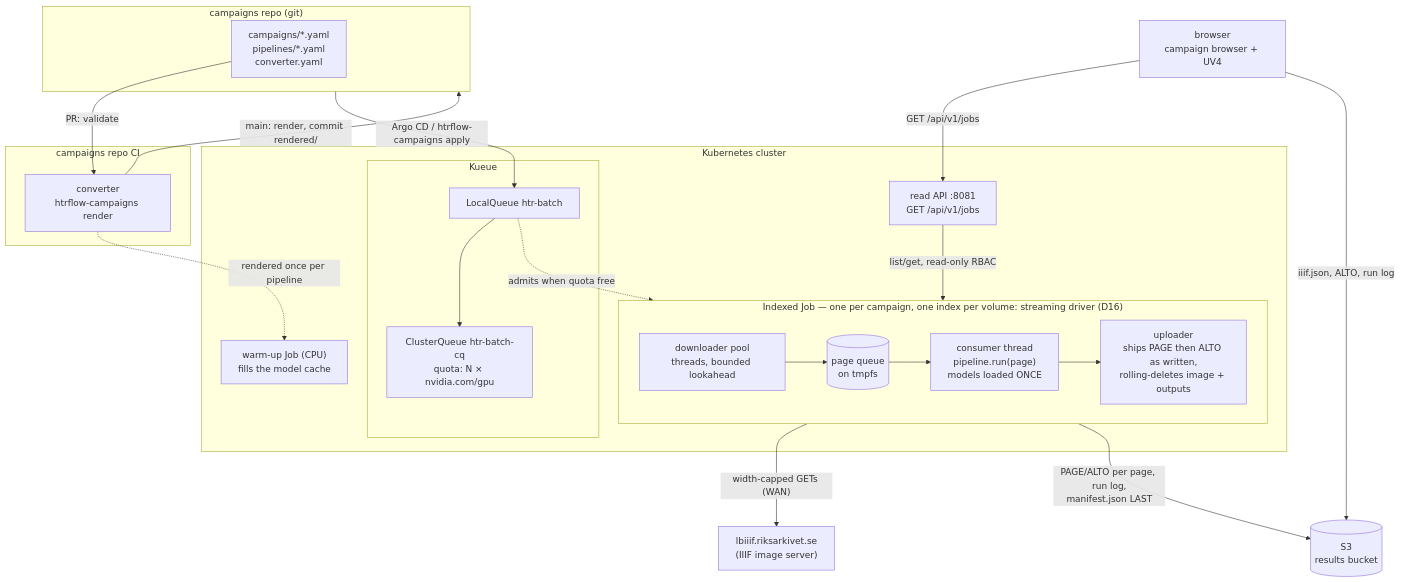
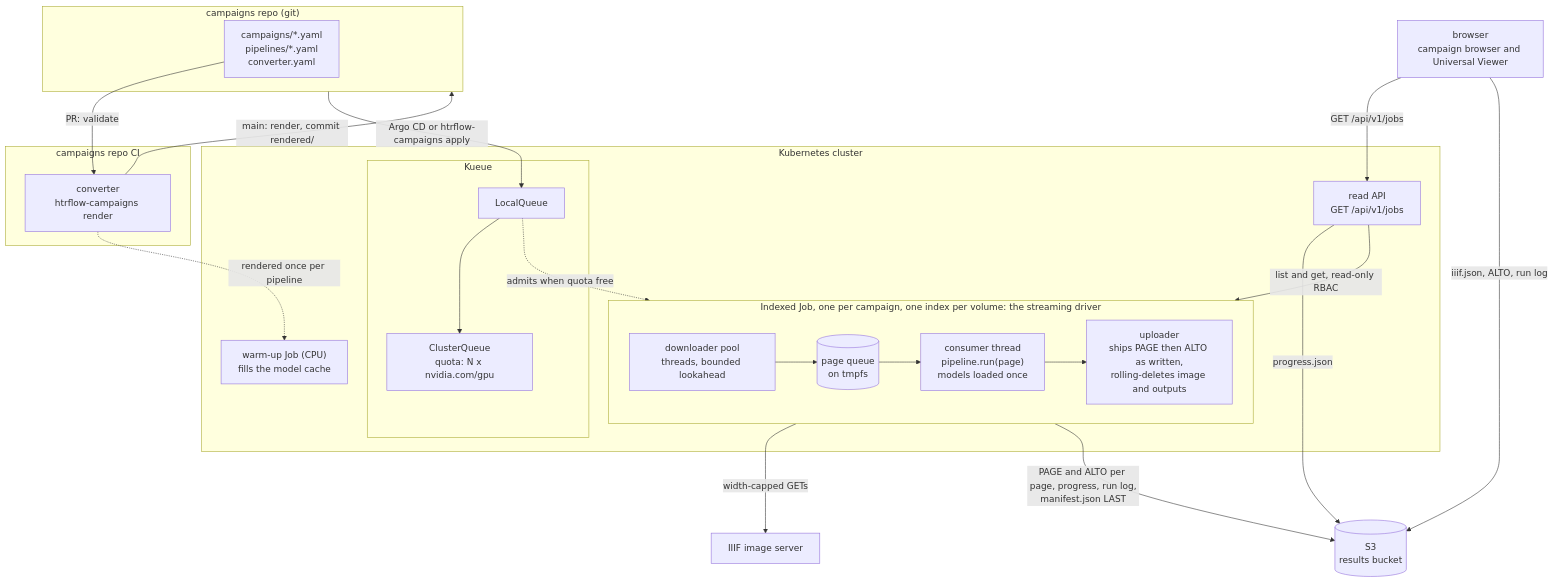
One commit to AI-Riksarkivet/htrflow-batch changed the first of 2 diagrams in docs/how-it-works/architecture.md. Above: the diagram before and after it, drawn with Mermaid. The commit also changed other lines of this file, not shown here.

First line of the commit message:
docs(how-it-works): architecture is the map, component boundaries, Job lifecycle and reading order

````diff
--- a/docs/how-it-works/architecture.md
+++ b/docs/how-it-works/architecture.md
@@ -6,45 +6,44 @@
 ```mermaid
-%% Top-to-bottom so the site renders it readable at page width. The
-%% streaming driver keeps its left-to-right row inside its own box.
 flowchart TB
     subgraph git["campaigns repo (git)"]
         CAMP["campaigns/*.yaml<br/>pipelines/*.yaml<br/>converter.yaml"]
     end
 
     subgraph ci["campaigns repo CI"]
         CONV["converter<br/>htrflow-campaigns render"]
     end
 
     subgraph cluster["Kubernetes cluster"]
         subgraph queueing["Kueue"]
-            LQ["LocalQueue htr-batch"] --> CQ["ClusterQueue htr-batch-cq<br/>quota: N × nvidia.com/gpu"]
+            LQ["LocalQueue"] --> CQ["ClusterQueue<br/>quota: N x nvidia.com/gpu"]
         end
 
-        subgraph job["Indexed Job — one per campaign, one index per volume: streaming driver (D16)"]
+        subgraph job["Indexed Job, one per campaign, one index per volume: the streaming driver"]
             direction LR
             DLP["downloader pool<br/>threads, bounded lookahead"]
             PQ[("page queue<br/>on tmpfs")]
-            CONS["consumer thread<br/>pipeline.run(page)<br/>models loaded ONCE"]
-            UPL["uploader<br/>ships PAGE then ALTO as written,<br/>rolling-deletes image + outputs"]
+            CONS["consumer thread<br/>pipeline.run(page)<br/>models loaded once"]
+            UPL["uploader<br/>ships PAGE then ALTO as written,<br/>rolling-deletes image and outputs"]
             DLP --> PQ --> CONS --> UPL
         end
 
         WARM["warm-up Job (CPU)<br/>fills the model cache"]
-        API["read API :8081<br/>GET /api/v1/jobs"]
+        API["read API<br/>GET /api/v1/jobs"]
         LQ -.->|admits when quota free| job
-        API -->|"list/get, read-only RBAC"| job
+        API -->|"list and get, read-only RBAC"| job
     end
 
-    IIIF["lbiiif.riksarkivet.se<br/>(IIIF image server)"]
+    IIIF["IIIF image server"]
     S3[("S3<br/>results bucket")]
-    BROWSER["browser<br/>campaign browser + UV4"]
+    BROWSER["browser<br/>campaign browser and Universal Viewer"]
 
     CAMP -->|"PR: validate"| CONV
     CONV -->|"main: render, commit rendered/"| git
-    git -->|"Argo CD / htrflow-campaigns apply"| LQ
+    git -->|"Argo CD or htrflow-campaigns apply"| LQ
     CONV -.->|"rendered once per pipeline"| WARM
-    DLP -->|"width-capped GETs (WAN)"| IIIF
-    UPL -->|"PAGE/ALTO per page, run log,<br/>manifest.json LAST"| S3
+    DLP -->|"width-capped GETs"| IIIF
+    UPL -->|"PAGE and ALTO per page, progress, run log,<br/>manifest.json LAST"| S3
+    API -->|"progress.json"| S3
     BROWSER -->|"GET /api/v1/jobs"| API
     BROWSER -->|"iiif.json, ALTO, run log"| S3
 ```
````
